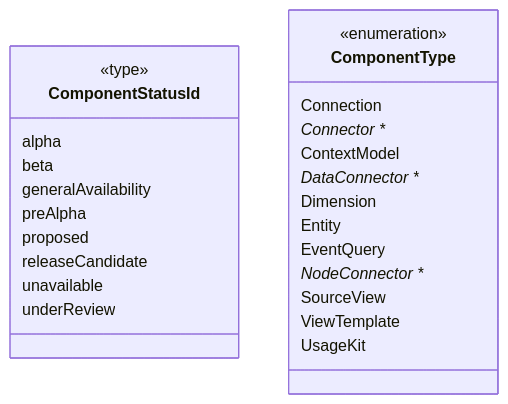
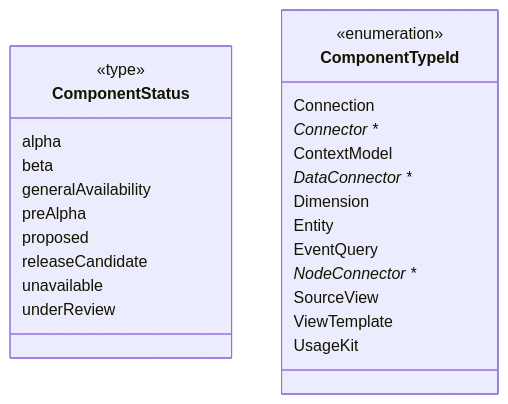
Before and after one commit to data-positioning/datapos-shared: the second of 22 diagrams in README.md, drawn with Mermaid. The commit also changed other lines of this file and 2 other files, not shown here.

````diff
--- a/README.md
+++ b/README.md
@@ -38,31 +38,31 @@
 ```mermaid
 classDiagram
     direction TB
 
-    class ComponentStatusId {
+    class ComponentStatus {
         <<type>>
         alpha
         beta
         generalAvailability
         preAlpha
         proposed
         releaseCandidate
         unavailable
         underReview
     }
 
-    class ComponentType {
+    class ComponentTypeId {
         <<enumeration>>
         Connection
         Connector **
         ContextModel
         DataConnector **
         Dimension
         Entity
         EventQuery
         NodeConnector **
         SourceView
         ViewTemplate
         UsageKit
     }
 ```
````
